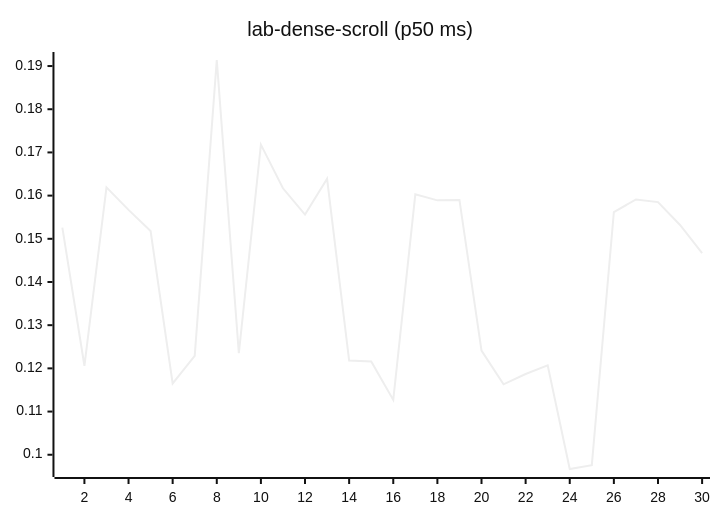
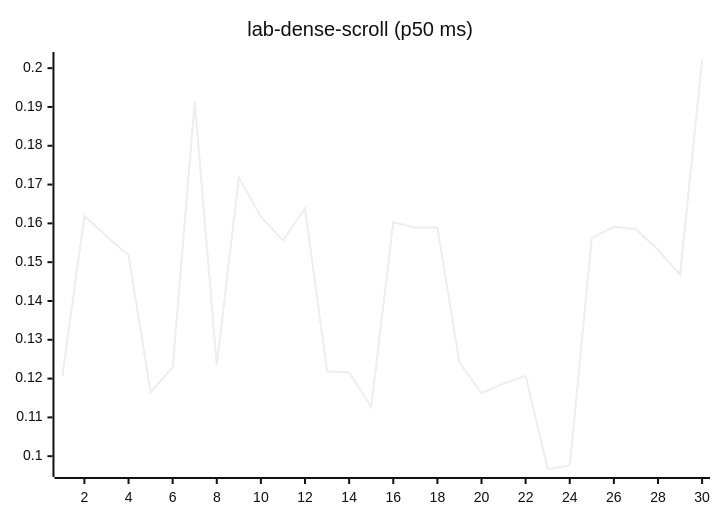
One commit to josha/Facet changed diagram 12 of 27 in README.md. Above: the diagram before and after it, drawn with Mermaid (neutral theme). The commit also changed other lines of this file and 2 other files, not shown here.

````diff
--- a/README.md
+++ b/README.md
@@ -140,6 +140,6 @@
 ```mermaid
 xychart-beta
     title "lab-dense-scroll (p50 ms)"
     x-axis 1 --> 30
-    line [0.1526, 0.1206, 0.1619, 0.1567, 0.1518, 0.1165, 0.1229, 0.1914, 0.1235, 0.1718, 0.1617, 0.1556, 0.1639, 0.1218, 0.1216, 0.1127, 0.1603, 0.1589, 0.1590, 0.1241, 0.1163, 0.1187, 0.1207, 0.0967, 0.0976, 0.1562, 0.1591, 0.1585, 0.1532, 0.1467]
+    line [0.1206, 0.1619, 0.1567, 0.1518, 0.1165, 0.1229, 0.1914, 0.1235, 0.1718, 0.1617, 0.1556, 0.1639, 0.1218, 0.1216, 0.1127, 0.1603, 0.1589, 0.1590, 0.1241, 0.1163, 0.1187, 0.1207, 0.0967, 0.0976, 0.1562, 0.1591, 0.1585, 0.1532, 0.1467, 0.2021]
 ```
````
